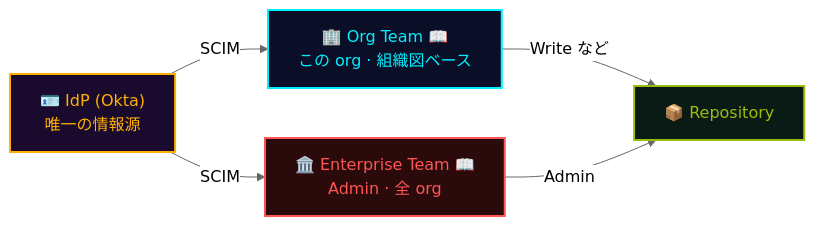
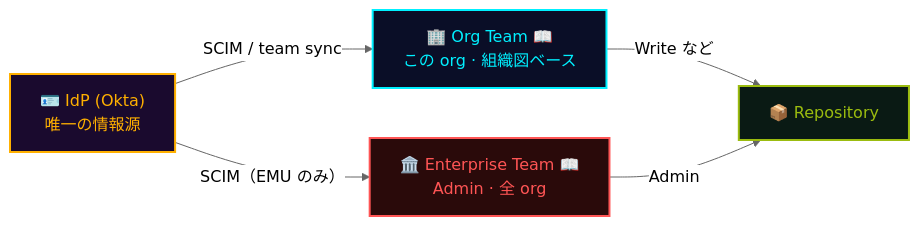
The diagram in src/content/playbook/ja/governance.md (theomonfort/theomonfort), drawn with Mermaid (neutral theme) before and after one commit. The commit also changed other lines of this file and 6 other files, not shown here.

````diff
--- a/src/content/playbook/ja/governance.md
+++ b/src/content/playbook/ja/governance.md
@@ -113,23 +125,23 @@
 ```mermaid
 flowchart LR
   IDP["🪪 IdP (Okta)<br/>唯一の情報源"]
   ENT["🏛️ Enterprise Team 📖<br/>Admin · 全 org"]
   ORG["🏢 Org Team 📖<br/>この org · 組織図ベース"]
   REPO["📦 Repository"]
-  IDP -->|SCIM| ENT
-  IDP -->|SCIM| ORG
+  IDP -->|"SCIM（EMU のみ）"| ENT
+  IDP -->|"SCIM / team sync"| ORG
   ORG -->|Write など| REPO
   ENT -->|Admin| REPO
 
   classDef idp fill:#1a0a2e,stroke:#ffb000,color:#ffb000,stroke-width:2px
   classDef ent fill:#2a0a0a,stroke:#ff5555,color:#ff5555,stroke-width:2px
   classDef org fill:#0a0e27,stroke:#00f0ff,color:#00f0ff,stroke-width:2px
   classDef repo fill:#0a1a14,stroke:#9bbc0f,color:#9bbc0f,stroke-width:2px
   class IDP idp
   class ENT ent
   class ORG org
   class REPO repo
 
   click ENT href "https://docs.github.com/en/enterprise-cloud@latest/admin/managing-accounts-and-repositories/managing-users-in-your-enterprise/create-enterprise-teams" "Enterprise teams のドキュメント" _blank
   click ORG href "https://docs.github.com/en/organizations/organizing-members-into-teams/about-teams" "Organization teams のドキュメント" _blank
 ```
````
